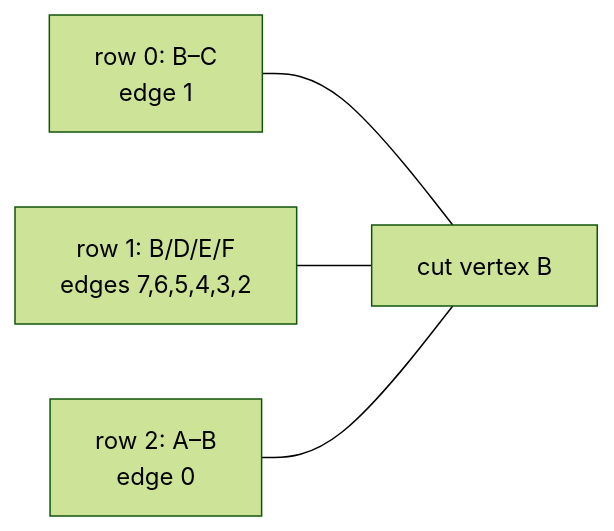
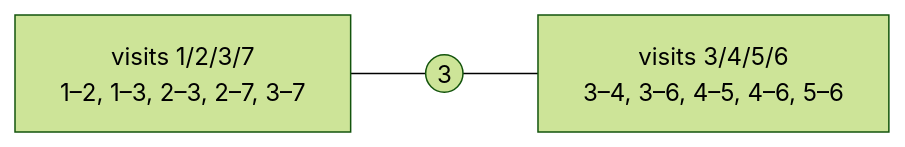
Before and after one commit to chaebkimm/data_structure_2026: the third of 3 diagrams in module_06_graph_dfs/diagrams/dfs_models.md, drawn with Mermaid (forest theme). The commit also changed other lines of this file and 30 other files, not shown here.

````diff
--- a/module_06_graph_dfs/diagrams/dfs_models.md
+++ b/module_06_graph_dfs/diagrams/dfs_models.md
@@ -88,6 +117,5 @@
 ```mermaid
 flowchart LR
-    BC["row 0: B–C<br/>edge 1"] --- B["cut vertex B"]
-    K["row 1: B/D/E/F<br/>edges 7,6,5,4,3,2"] --- B
-    AB["row 2: A–B<br/>edge 0"] --- B
+    L["visits 1/2/3/7<br/>1–2, 1–3, 2–3, 2–7, 3–7"] --- V((3))
+    V --- R["visits 3/4/5/6<br/>3–4, 3–6, 4–5, 4–6, 5–6"]
 ```
````
